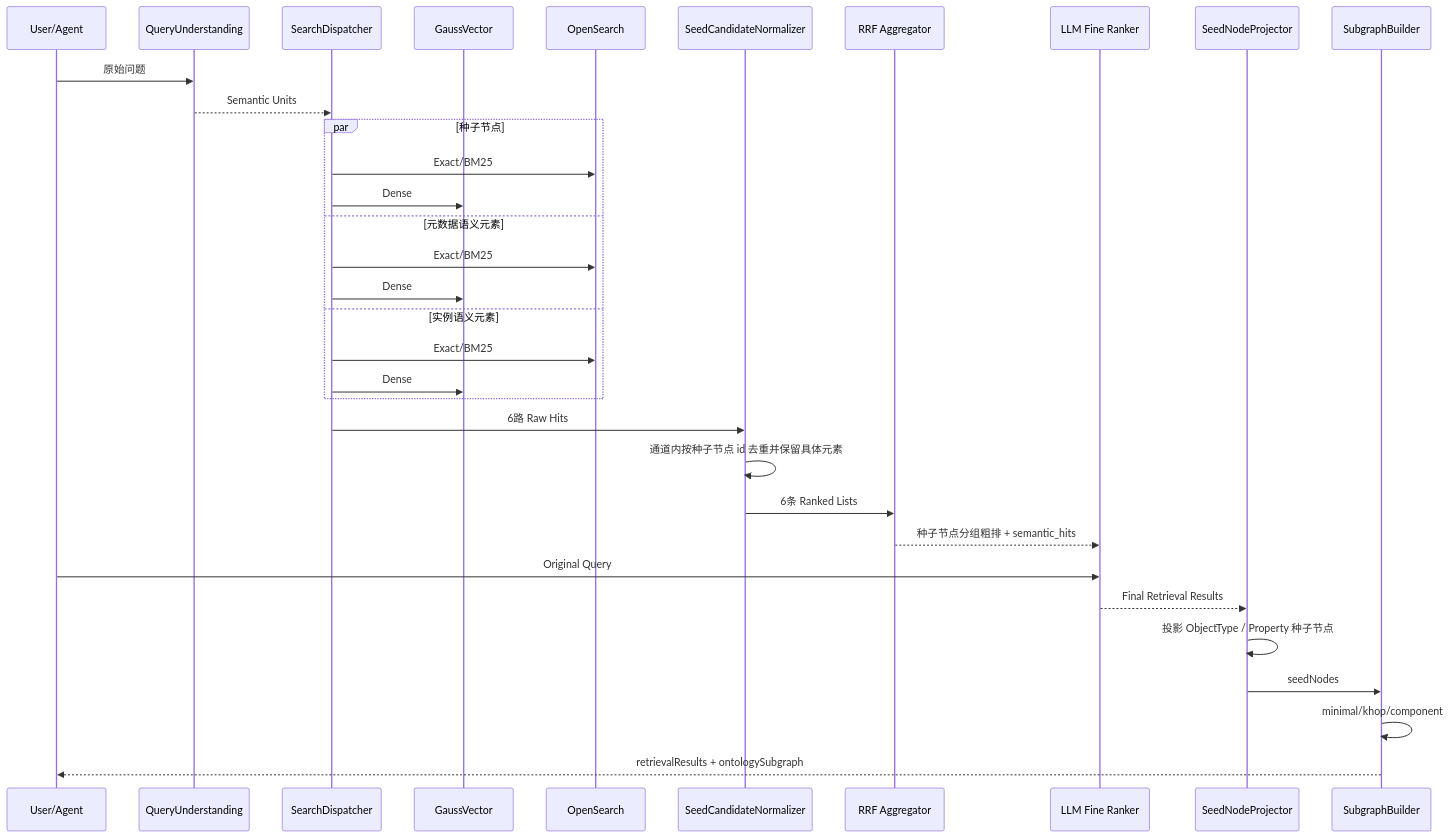
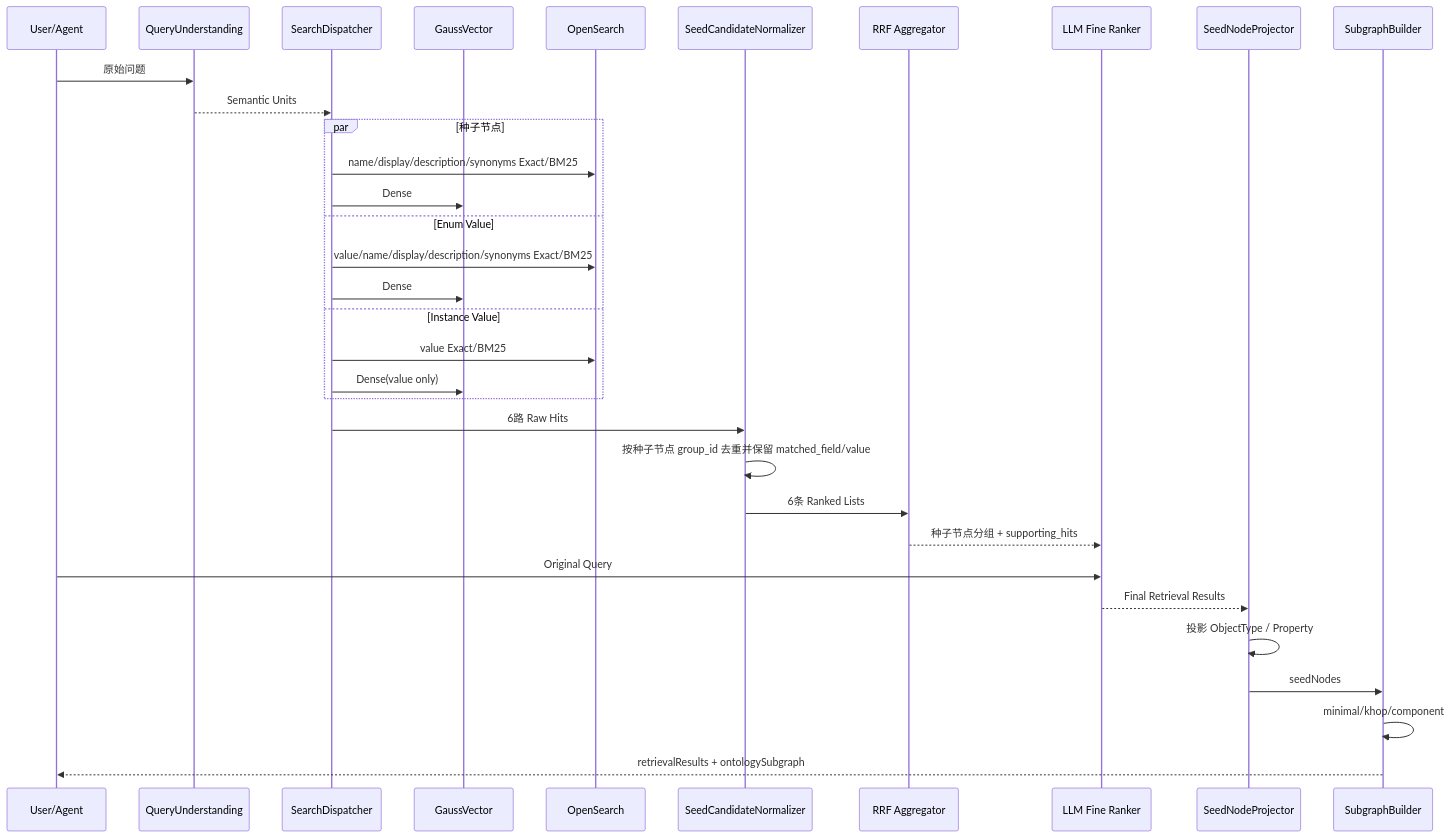
Before and after one commit to cfwl100/onology_dsl: the sixth of 6 diagrams in docs/OAG本体锚点语义检索与向量索引设计方案.md, drawn with Mermaid. The commit also changed other lines of this file, not shown here.

````diff
--- a/docs/OAG本体锚点语义检索与向量索引设计方案.md
+++ b/docs/OAG本体锚点语义检索与向量索引设计方案.md
@@ -3916,38 +3293,38 @@
 ```mermaid
 sequenceDiagram
     participant U as User/Agent
     participant QU as QueryUnderstanding
     participant D as SearchDispatcher
     participant GV as GaussVector
     participant OS as OpenSearch
     participant N as SeedCandidateNormalizer
     participant R as RRF Aggregator
     participant L as LLM Fine Ranker
     participant P as SeedNodeProjector
     participant G as SubgraphBuilder
 
     U->>QU: 原始问题
     QU-->>D: Semantic Units
 
     par 种子节点
-      D->>OS: Exact/BM25
+      D->>OS: name/display/description/synonyms Exact/BM25
       D->>GV: Dense
-    and 元数据语义元素
-      D->>OS: Exact/BM25
+    and Enum Value
+      D->>OS: value/name/display/description/synonyms Exact/BM25
       D->>GV: Dense
-    and 实例语义元素
-      D->>OS: Exact/BM25
-      D->>GV: Dense
+    and Instance Value
+      D->>OS: value Exact/BM25
+      D->>GV: Dense(value only)
     end
 
     D->>N: 6路 Raw Hits
-    N->>N: 通道内按种子节点 id 去重并保留具体元素
+    N->>N: 按种子节点 group_id 去重并保留 matched_field/value
     N->>R: 6条 Ranked Lists
-    R-->>L: 种子节点分组粗排 + semantic_hits
+    R-->>L: 种子节点分组 + supporting_hits
     U->>L: Original Query
     L-->>P: Final Retrieval Results
-    P->>P: 投影 ObjectType / Property 种子节点
+    P->>P: 投影 ObjectType / Property
     P->>G: seedNodes
     G->>G: minimal/khop/component
     G-->>U: retrievalResults + ontologySubgraph
 ```
````
